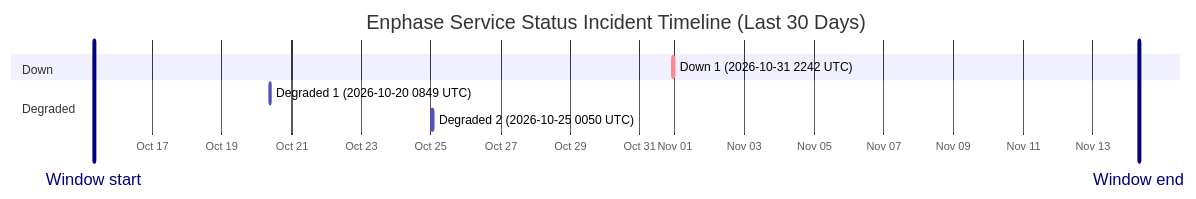
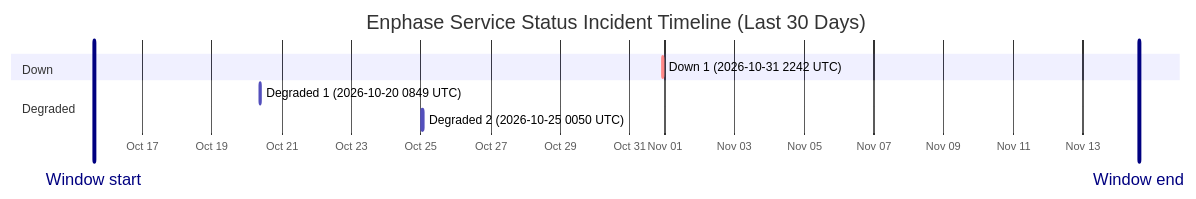
One commit to barneyonline/ha-enphase-energy changed the diagram in wiki/Service-Status-History.md. Above: the diagram before and after it, drawn with Mermaid. The commit also changed other lines of this file and 3 other files, not shown here.

````diff
--- a/wiki/Service-Status-History.md
+++ b/wiki/Service-Status-History.md
@@ -14,13 +14,13 @@
 ```mermaid
 gantt
     title Enphase Service Status Incident Timeline (Last 30 Days)
     dateFormat  YYYY-MM-DDTHH:mm:ss
     axisFormat  %b %d
-    Window start :vert, window-start, 2026-10-15T07:50:42, 0ms
-    Window end :vert, window-end, 2026-11-14T07:50:42, 0ms
+    Window start :vert, window-start, 2026-10-15T14:45:48, 0ms
+    Window end :vert, window-end, 2026-11-14T14:45:48, 0ms
     section Down
     Down 1 (2026-10-31 2242 UTC) :crit, down-1, 2026-10-31T22:42:18, 60m
     section Degraded
     Degraded 1 (2026-10-20 0849 UTC) :active, degraded-1, 2026-10-20T08:49:49, 60m
     Degraded 2 (2026-10-25 0050 UTC) :active, degraded-2, 2026-10-25T00:50:01, 60m
 ```
````
